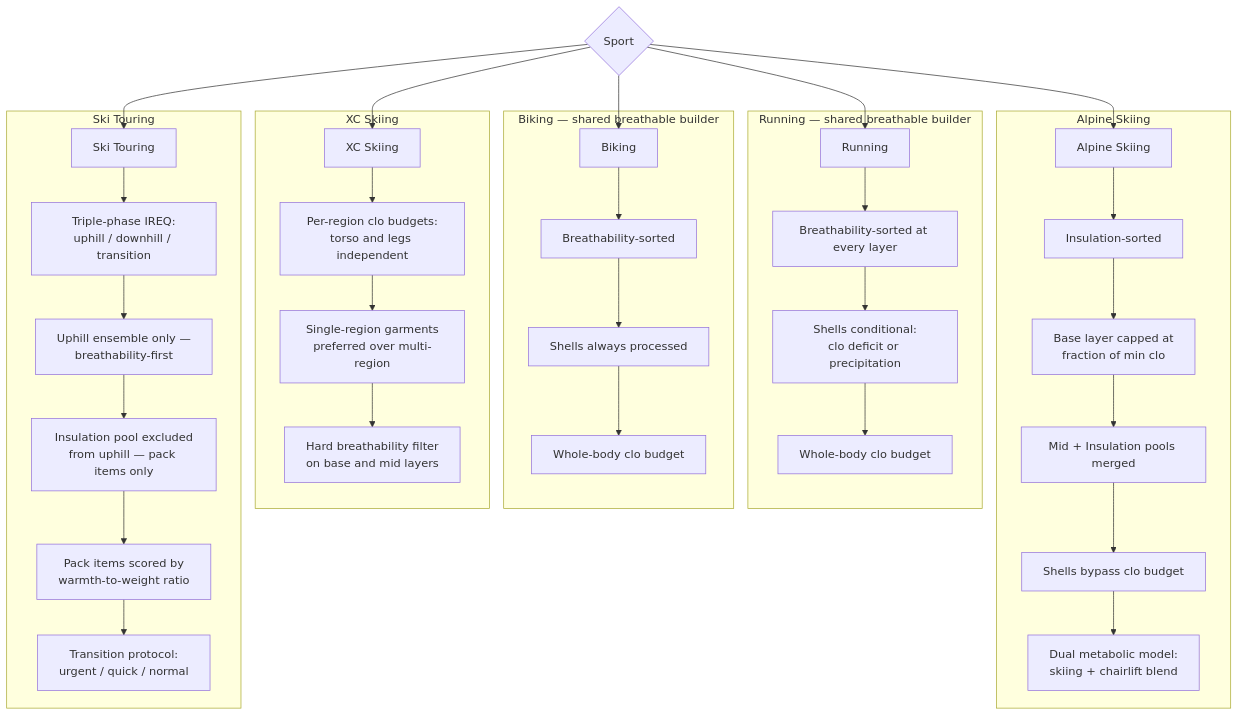
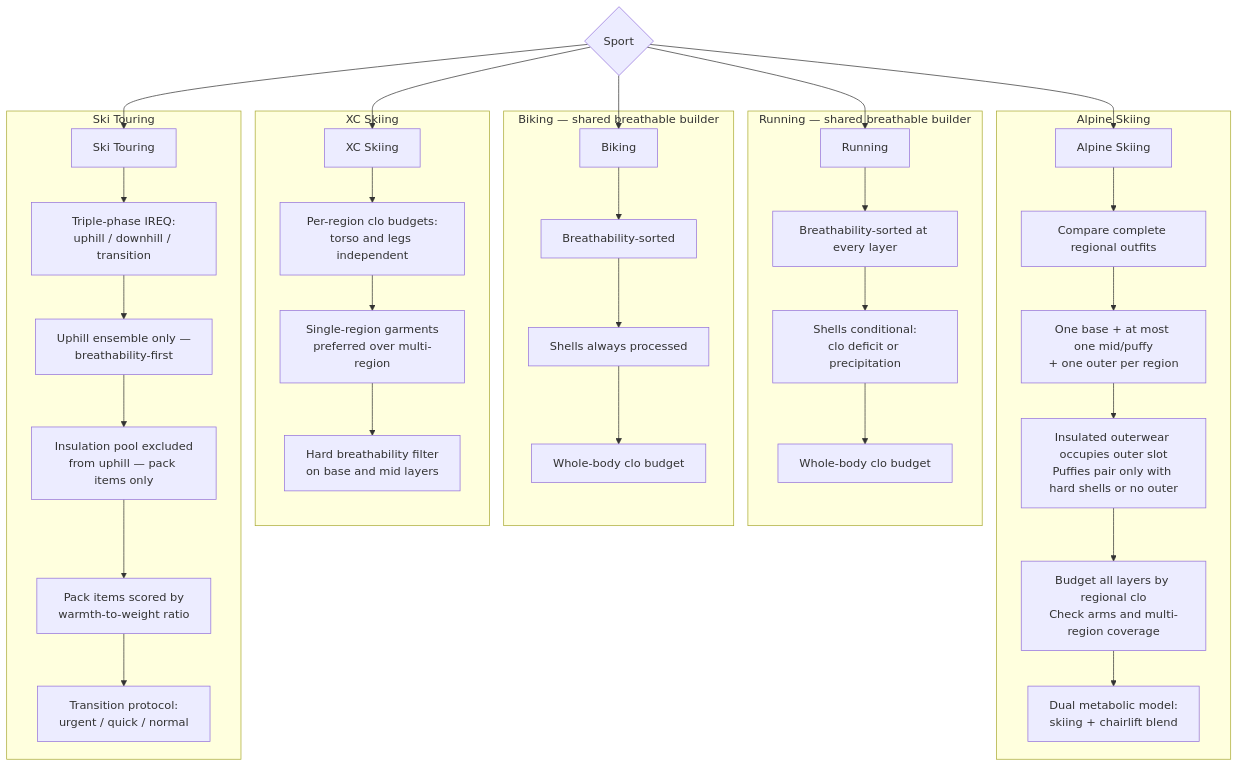
One commit to derobertsw/swttr changed the fourth of 6 diagrams in README.md. Above: the diagram before and after it, drawn with Mermaid. The commit also changed other lines of this file and 6 other files, not shown here.

Commit message:
Fix alpine layer stacking with regional outfit limits

````diff
--- a/README.md
+++ b/README.md
@@ -159,42 +164,42 @@
 ```mermaid
 graph TD
     SPORT{Sport} --> RUN[Running]
     SPORT --> BIKE[Biking]
     SPORT --> ALP[Alpine Skiing]
     SPORT --> XC[XC Skiing]
     SPORT --> TOUR[Ski Touring]
 
     subgraph "Running — shared breathable builder"
         RUN --> R1[Breathability-sorted at every layer]
         R1 --> R2[Shells conditional:<br/>clo deficit or precipitation]
         R2 --> R3[Whole-body clo budget]
     end
 
     subgraph "Biking — shared breathable builder"
         BIKE --> B1[Breathability-sorted]
         B1 --> B2[Shells always processed]
         B2 --> B3[Whole-body clo budget]
     end
 
     subgraph "Alpine Skiing"
-        ALP --> A1[Insulation-sorted]
-        A1 --> A2[Base layer capped at<br/>fraction of min clo]
-        A2 --> A3[Mid + Insulation pools merged]
-        A3 --> A4[Shells bypass clo budget]
+        ALP --> A1[Compare complete regional outfits]
+        A1 --> A2[One base + at most one mid/puffy<br/>+ one outer per region]
+        A2 --> A3[Insulated outerwear occupies outer slot<br/>Puffies pair only with hard shells or no outer]
+        A3 --> A4[Budget all layers by regional clo<br/>Check arms and multi-region coverage]
         A4 --> A5[Dual metabolic model:<br/>skiing + chairlift blend]
     end
 
     subgraph "XC Skiing"
         XC --> X1[Per-region clo budgets:<br/>torso and legs independent]
         X1 --> X2[Single-region garments<br/>preferred over multi-region]
         X2 --> X3[Hard breathability filter<br/>on base and mid layers]
     end
 
     subgraph "Ski Touring"
         TOUR --> T1a[Triple-phase IREQ:<br/>uphill / downhill / transition]
         T1a --> T2a[Uphill ensemble only —<br/>breathability-first]
         T2a --> T3a[Insulation pool excluded<br/>from uphill — pack items only]
         T3a --> T4a[Pack items scored by<br/>warmth-to-weight ratio]
         T4a --> T5a[Transition protocol:<br/>urgent / quick / normal]
     end
 ```
````
